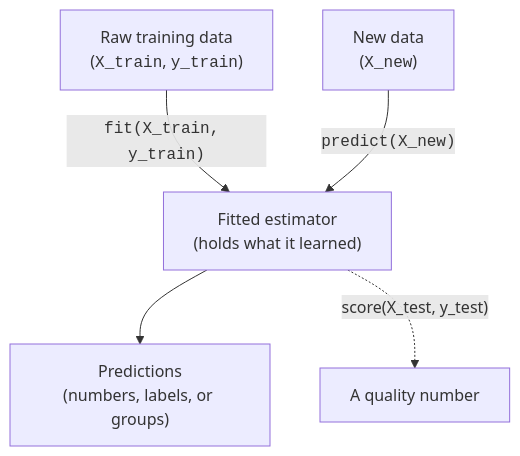
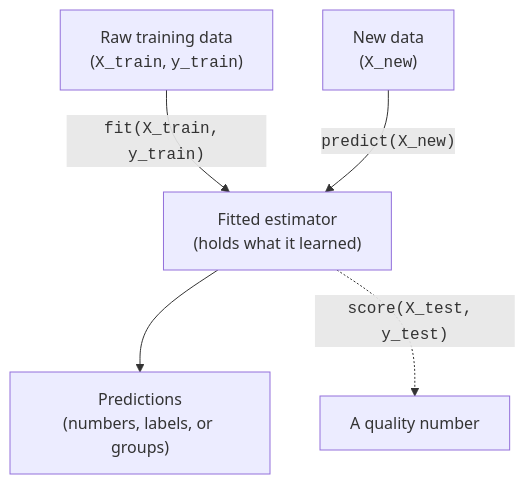
The diagram in content/courses/machine-learning-scikit-learn/the-scikit-learn-api.mdx (dataslope/dataslope), drawn with Mermaid before and after one commit. The commit also changed 65 other files, not shown here.

First line of the commit message:
Set code in every mermaid label in the mono face

````diff
--- a/content/courses/machine-learning-scikit-learn/the-scikit-learn-api.mdx
+++ b/content/courses/machine-learning-scikit-learn/the-scikit-learn-api.mdx
@@ -57,7 +57,7 @@
 ```mermaid
 flowchart TD
     A["Raw training data<br/>(<code>X_train</code>, <code>y_train</code>)"] -->|"<code>fit(X_train, y_train)</code>"| B["Fitted estimator<br/>(holds what it learned)"]
     C["New data<br/>(<code>X_new</code>)"] -->|"<code>predict(X_new)</code>"| B
     B --> D["Predictions<br/>(numbers, labels, or groups)"]
-    B -. "score(X_test, y_test)" .-> E["A quality number"]
+    B -. "<code>score(X_test, y_test)</code>" .-> E["A quality number"]
 ```
````
